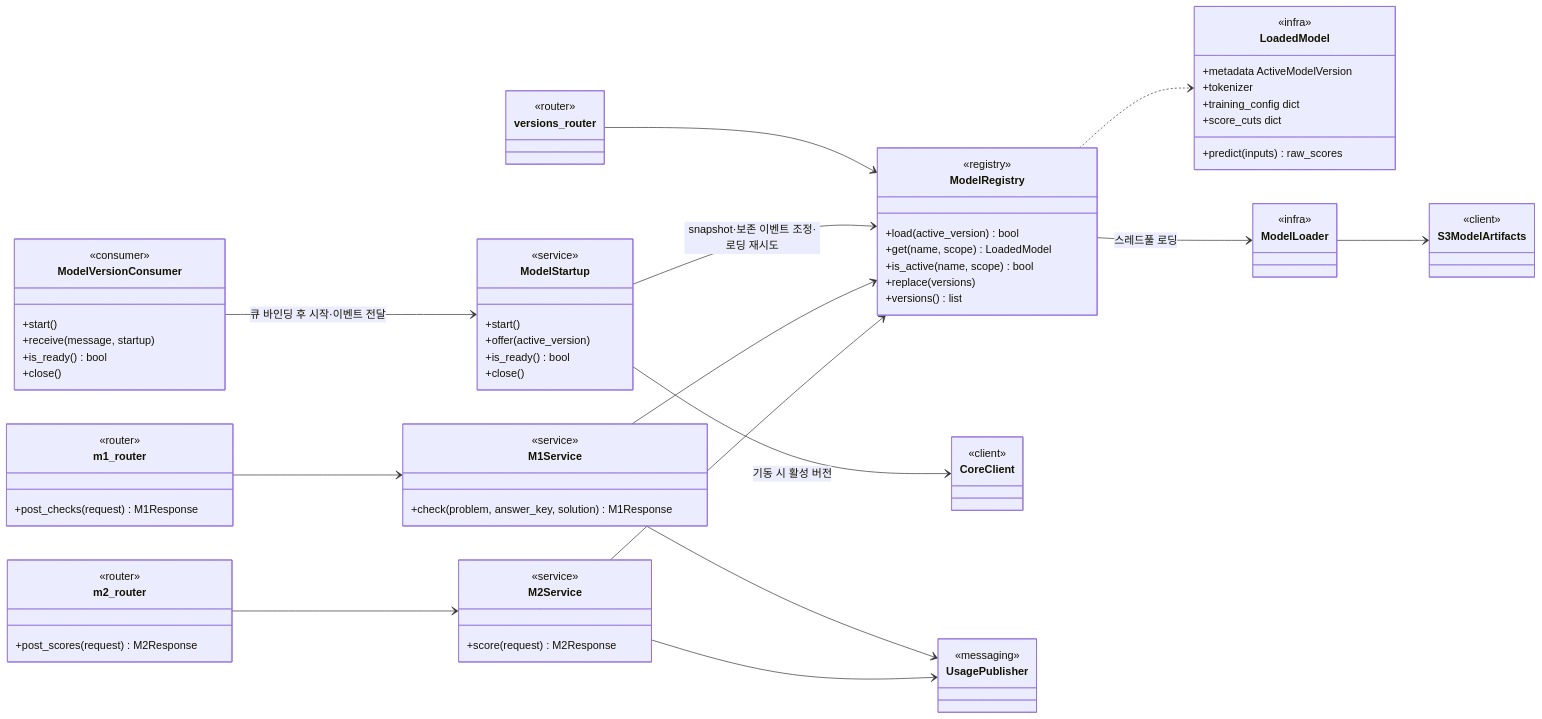
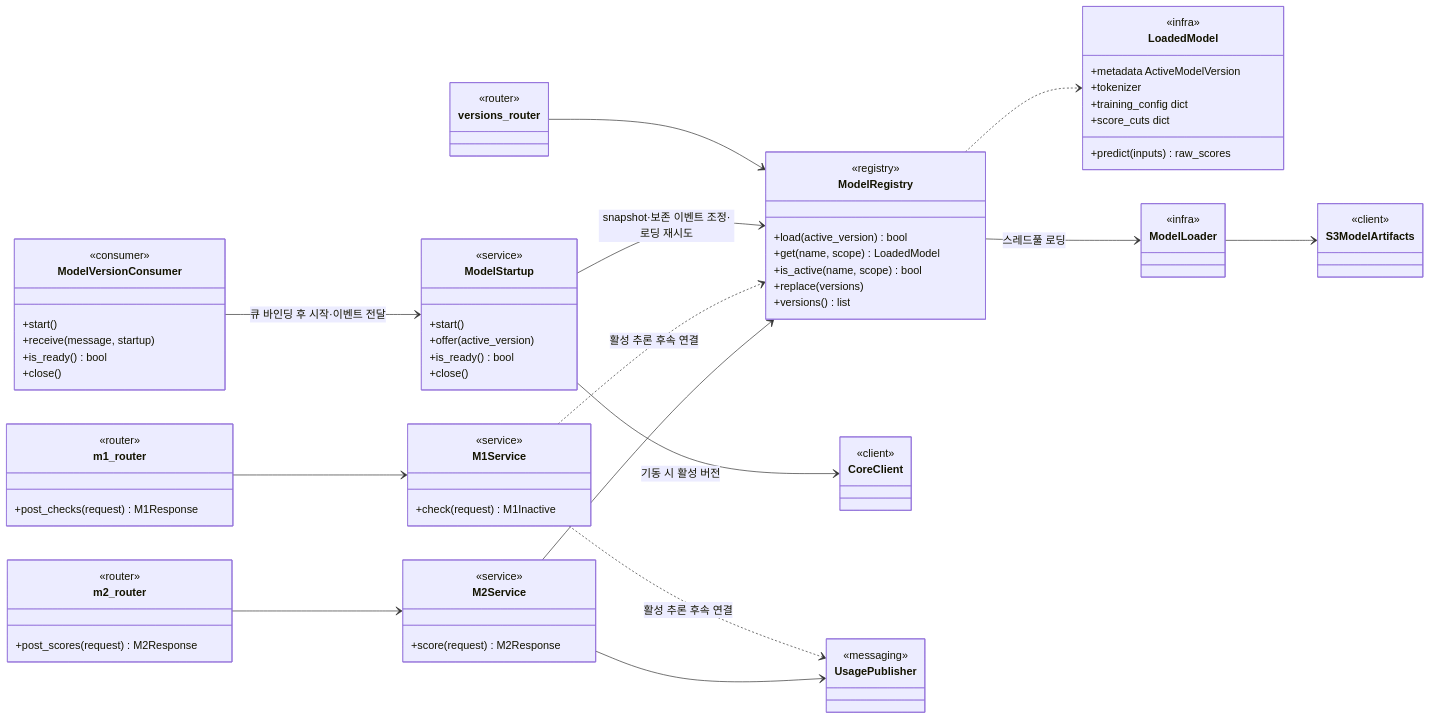
Before and after one commit to SKNETWORKS-FAMILY-AICAMP/SKN34-FINAL-3TEAM: diagram 14 of 15 in docs/design/class-diagram.md, drawn with Mermaid. The commit also changed other lines of this file and 10 other files, not shown here.

````diff
--- a/docs/design/class-diagram.md
+++ b/docs/design/class-diagram.md
@@ -1669,69 +1669,69 @@
 ```mermaid
 classDiagram
   direction LR
   class m2_router {
     <<router>>
     +post_scores(request) M2Response
   }
   class m1_router {
     <<router>>
     +post_checks(request) M1Response
   }
   class M2Service {
     <<service>>
     +score(request) M2Response
   }
   class M1Service {
     <<service>>
-    +check(problem, answer_key, solution) M1Response
+    +check(request) M1Inactive
   }
   class ModelRegistry {
     <<registry>>
     +load(active_version) bool
     +get(name, scope) LoadedModel
     +is_active(name, scope) bool
     +replace(versions)
     +versions() list
   }
   class LoadedModel {
     <<infra>>
     +metadata ActiveModelVersion
     +tokenizer
     +training_config dict
     +score_cuts dict
     +predict(inputs) raw_scores
   }
   class ModelStartup {
     <<service>>
     +start()
     +offer(active_version)
     +is_ready() bool
     +close()
   }
   class ModelLoader { <<infra>> }
   class S3ModelArtifacts { <<client>> }
   class versions_router { <<router>> }
   class CoreClient { <<client>> }
   class ModelVersionConsumer {
     <<consumer>>
     +start()
     +receive(message, startup)
     +is_ready() bool
     +close()
   }
   class UsagePublisher { <<messaging>> }
 
   m2_router --> M2Service
   m1_router --> M1Service
   M2Service --> ModelRegistry
-  M1Service --> ModelRegistry
+  M1Service ..> ModelRegistry : 활성 추론 후속 연결
   ModelRegistry ..> LoadedModel
   ModelStartup --> CoreClient : 기동 시 활성 버전
   ModelStartup --> ModelRegistry : snapshot·보존 이벤트 조정·로딩 재시도
   ModelRegistry --> ModelLoader : 스레드풀 로딩
   ModelLoader --> S3ModelArtifacts
   versions_router --> ModelRegistry
   ModelVersionConsumer --> ModelStartup : 큐 바인딩 후 시작·이벤트 전달
   M2Service --> UsagePublisher
-  M1Service --> UsagePublisher
+  M1Service ..> UsagePublisher : 활성 추론 후속 연결
 ```
````
